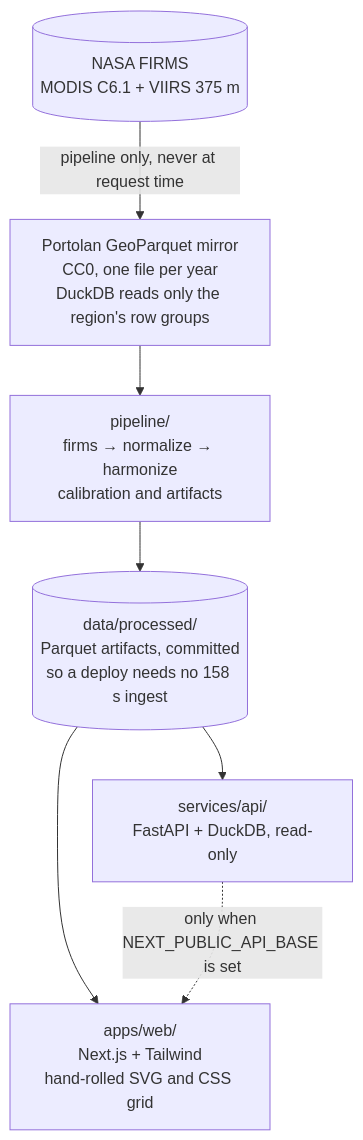
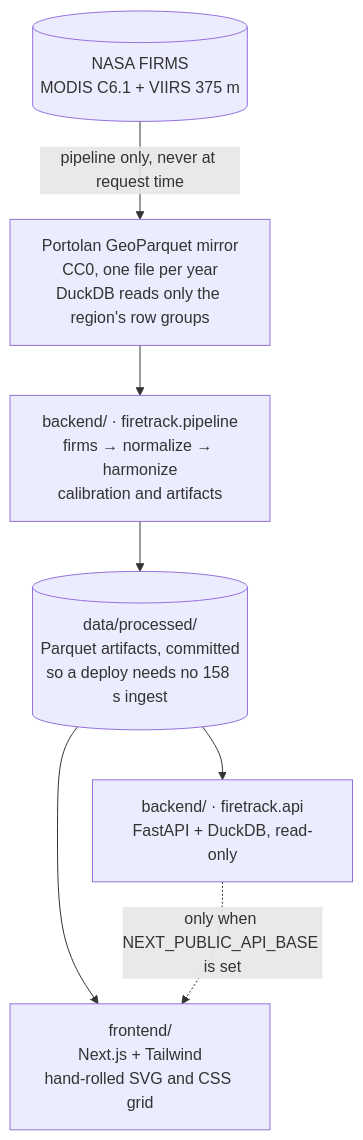
The diagram in README.md (sebasPalate/firetrack), drawn with Mermaid before and after one commit. The commit also changed other lines of this file and 166 other files, not shown here.

First line of the commit message:
refactor: split the repository into backend/ and frontend/

````diff
--- a/README.md
+++ b/README.md
@@ -228,15 +228,15 @@
 ```mermaid
 flowchart TD
   F[("NASA FIRMS<br/>MODIS C6.1 + VIIRS 375 m")]
   M["Portolan GeoParquet mirror<br/>CC0, one file per year<br/>DuckDB reads only the region's row groups"]
-  P["pipeline/<br/>firms → normalize → harmonize<br/>calibration and artifacts"]
+  P["backend/ · firetrack.pipeline<br/>firms → normalize → harmonize<br/>calibration and artifacts"]
   D[("data/processed/<br/>Parquet artifacts, committed<br/>so a deploy needs no 158 s ingest")]
-  A["services/api/<br/>FastAPI + DuckDB, read-only"]
-  W["apps/web/<br/>Next.js + Tailwind<br/>hand-rolled SVG and CSS grid"]
+  A["backend/ · firetrack.api<br/>FastAPI + DuckDB, read-only"]
+  W["frontend/<br/>Next.js + Tailwind<br/>hand-rolled SVG and CSS grid"]
   F -->|"pipeline only, never at request time"| M
   M --> P
   P --> D
   D --> A
   D --> W
   A -.->|"only when NEXT_PUBLIC_API_BASE is set"| W
 ```
````
